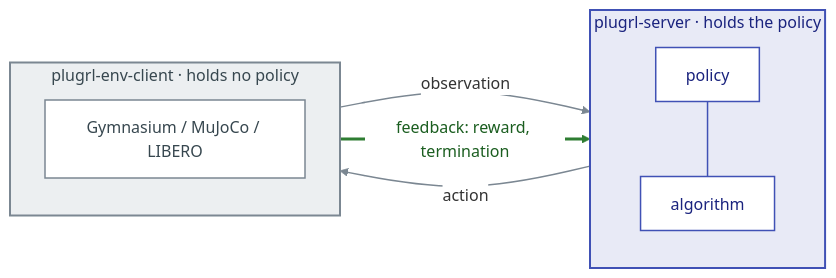
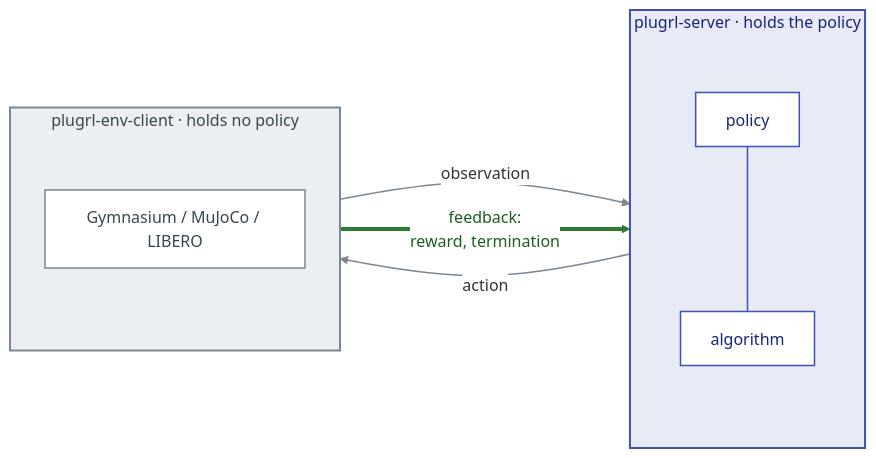
One commit to PlugRL/.github changed the diagram in profile/README.md. Above: the diagram before and after it, drawn with Mermaid.

Commit message:
docs: make the feedback arrow readable
Its label's white ground covered nearly all of the middle arrow, leaving two
green stubs. The boxes are now further apart (rankSpacing 140), the label
takes two lines, and the arrow is Mermaid's thick link at 4px, so the green
line runs visibly across the whole gap on both light and dark themes.

````diff
--- a/profile/README.md
+++ b/profile/README.md
@@ -7,23 +7,23 @@
 ```mermaid
-%%{init: {"theme": "base", "themeVariables": {"lineColor": "#7b8792", "textColor": "#1f2328", "edgeLabelBackground": "#ffffff"}}}%%
+%%{init: {"theme": "base", "flowchart": {"rankSpacing": 140}, "themeVariables": {"lineColor": "#7b8792", "textColor": "#1f2328", "edgeLabelBackground": "#ffffff"}}}%%
 flowchart LR
   subgraph S["plugrl-server &middot; holds the policy"]
     P["policy"] --- A["algorithm"]
   end
   subgraph C["plugrl-env-client &middot; holds no policy"]
     E["Gymnasium / MuJoCo / LIBERO"]
   end
   C -- "observation" --> S
   S -- "action" --> C
-  C -- "feedback: reward, termination" --> S
+  C == "feedback:<br/>reward, termination" ==> S
 
   classDef server fill:#ffffff,stroke:#4051b5,stroke-width:1.5px,color:#1a237e
   classDef client fill:#ffffff,stroke:#7b8792,stroke-width:1.5px,color:#37474f
   class P,A server
   class E client
   style S fill:#e8eaf6,stroke:#4051b5,stroke-width:2px,color:#1a237e
   style C fill:#eceff1,stroke:#7b8792,stroke-width:2px,color:#37474f
   linkStyle 0 stroke:#4051b5,stroke-width:1.5px
   linkStyle 1,2 stroke:#7b8792,stroke-width:1.5px
-  linkStyle 3 stroke:#2e7d32,stroke-width:3px,color:#1b5e20
+  linkStyle 3 stroke:#2e7d32,stroke-width:4px,color:#1b5e20
 ```
````
